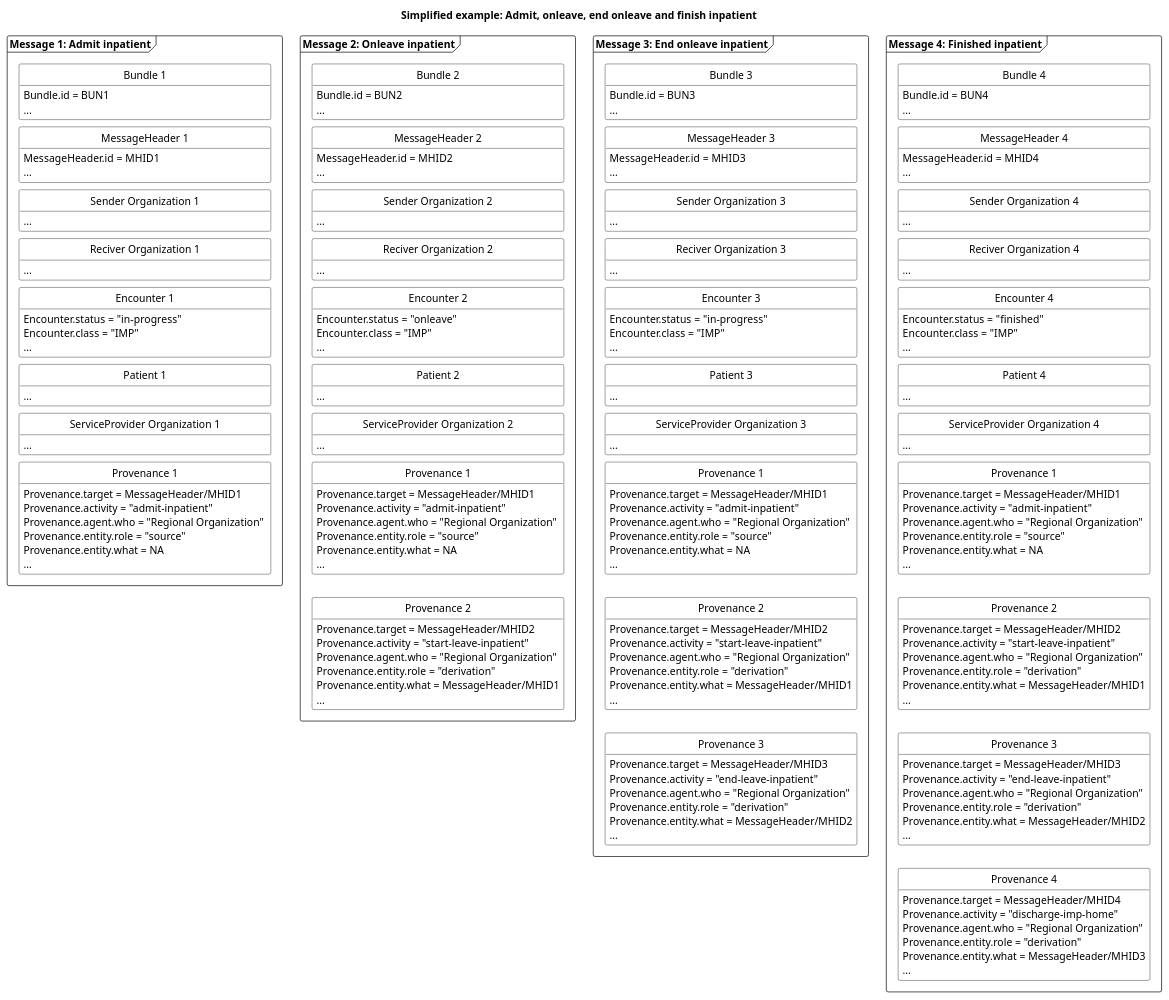
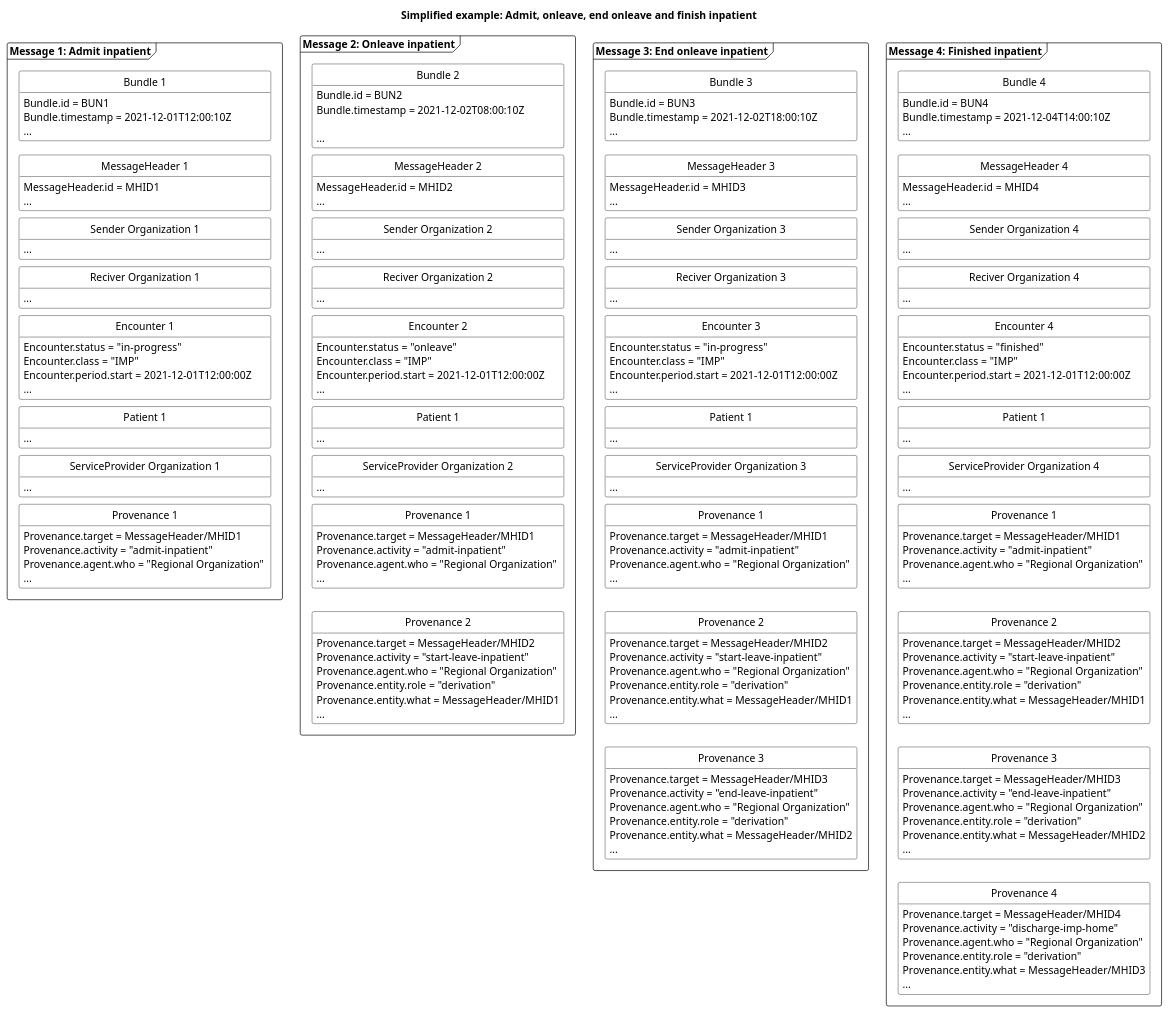
Before and after one commit to medcomdk/dk-medcom-hospitalnotification: the diagram in puml/HospitalNotificationAdmitOnleaveEndFinish.puml, drawn with PlantUML. The commit also changed 14 other files, not shown here.

```diff
--- a/puml/HospitalNotificationAdmitOnleaveEndFinish.puml
+++ b/puml/HospitalNotificationAdmitOnleaveEndFinish.puml
@@ -20,6 +20,7 @@
 package "Message 1: Admit inpatient" as admit <<Frame>>{
     class "Bundle 1" as admitB {
         Bundle.id = BUN1
+        Bundle.timestamp = 2021-12-01T12:00:10Z
         ...
     }
     class "MessageHeader 1" as admitMH{
@@ -35,6 +36,7 @@
     class "Encounter 1" as admitENC{
         Encounter.status = "in-progress"
         Encounter.class = "IMP"
+        Encounter.period.start = 2021-12-01T12:00:00Z
         ...
     }
     class "Patient 1" as admitPT{
@@ -47,8 +49,6 @@
         Provenance.target = MessageHeader/MHID1
         Provenance.activity = "admit-inpatient"
         Provenance.agent.who = "Regional Organization"
-        Provenance.entity.role = "source"
-        Provenance.entity.what = NA
         ...
     }
 
@@ -68,6 +68,8 @@
 package "Message 2: Onleave inpatient" as Onleave <<Frame>> {
     class "Bundle 2" as onleaveB {
         Bundle.id = BUN2
+        Bundle.timestamp = 2021-12-02T08:00:10Z
+
         ...
     }
     class "MessageHeader 2" as onleaveMH{
@@ -83,9 +85,10 @@
     class "Encounter 2" as onleaveENC{
         Encounter.status = "onleave"
         Encounter.class = "IMP"
+        Encounter.period.start = 2021-12-01T12:00:00Z
         ...
     }
-    class "Patient 2" as onleavePT{
+    class "Patient 1" as onleavePT{
         ...
     }
     class "ServiceProvider Organization 2" as onleaveSPOrg{
@@ -95,8 +98,6 @@
         Provenance.target = MessageHeader/MHID1
         Provenance.activity = "admit-inpatient"
         Provenance.agent.who = "Regional Organization"
-        Provenance.entity.role = "source"        
-        Provenance.entity.what = NA
         ...
     }
     class "Provenance 2" as onleavePRO{
@@ -122,6 +123,7 @@
 package "Message 3: End onleave inpatient" as endOnleave <<Frame>> {
     class "Bundle 3" as endOnleaveB {
         Bundle.id = BUN3
+        Bundle.timestamp = 2021-12-02T18:00:10Z
         ...
     }
     class "MessageHeader 3" as endOnleaveMH{
@@ -137,9 +139,10 @@
     class "Encounter 3" as endOnleaveENC{
         Encounter.status = "in-progress"
         Encounter.class = "IMP"
+        Encounter.period.start = 2021-12-01T12:00:00Z
         ...
     }
-    class "Patient 3" as endOnleavePT{
+    class "Patient 1" as endOnleavePT{
         ...
     }
     class "ServiceProvider Organization 3" as endOnleaveSPOrg{
@@ -149,8 +152,6 @@
         Provenance.target = MessageHeader/MHID1
         Provenance.activity = "admit-inpatient"
         Provenance.agent.who = "Regional Organization"
-        Provenance.entity.role = "source"
-        Provenance.entity.what = NA
         ...
     }
     class "Provenance 2" as onleaveendOnleavePRO{
@@ -185,7 +186,8 @@
 'Message 4: Finished inpatient
 package "Message 4: Finished inpatient" as finished <<Frame>> {
     class "Bundle 4" as finishedB {
-        Bundle.id = BUN4
+        Bundle.id = BUN4        
+        Bundle.timestamp = 2021-12-04T14:00:10Z
         ...
     }
     class "MessageHeader 4" as finishedMH{
@@ -201,9 +203,10 @@
     class "Encounter 4" as finishedENC{
         Encounter.status = "finished"
         Encounter.class = "IMP"
+        Encounter.period.start = 2021-12-01T12:00:00Z
         ...
     }
-    class "Patient 4" as finishedPT{
+    class "Patient 1" as finishedPT{
         ...
     }
     class "ServiceProvider Organization 4" as finishedSPOrg{
@@ -213,8 +216,6 @@
         Provenance.target = MessageHeader/MHID1
         Provenance.activity = "admit-inpatient"
         Provenance.agent.who = "Regional Organization"
-        Provenance.entity.role = "source"
-        Provenance.entity.what = NA
         ...
     }
     class "Provenance 2" as onleavefinishedPRO{
```
